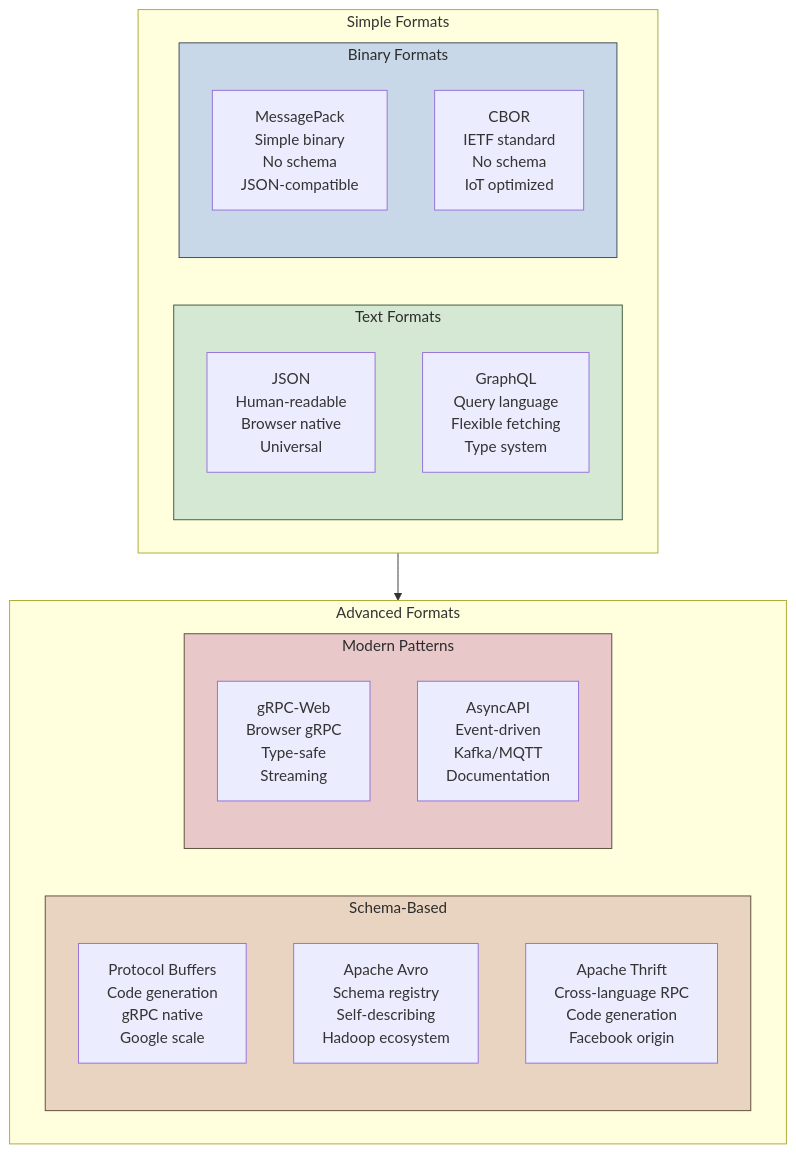
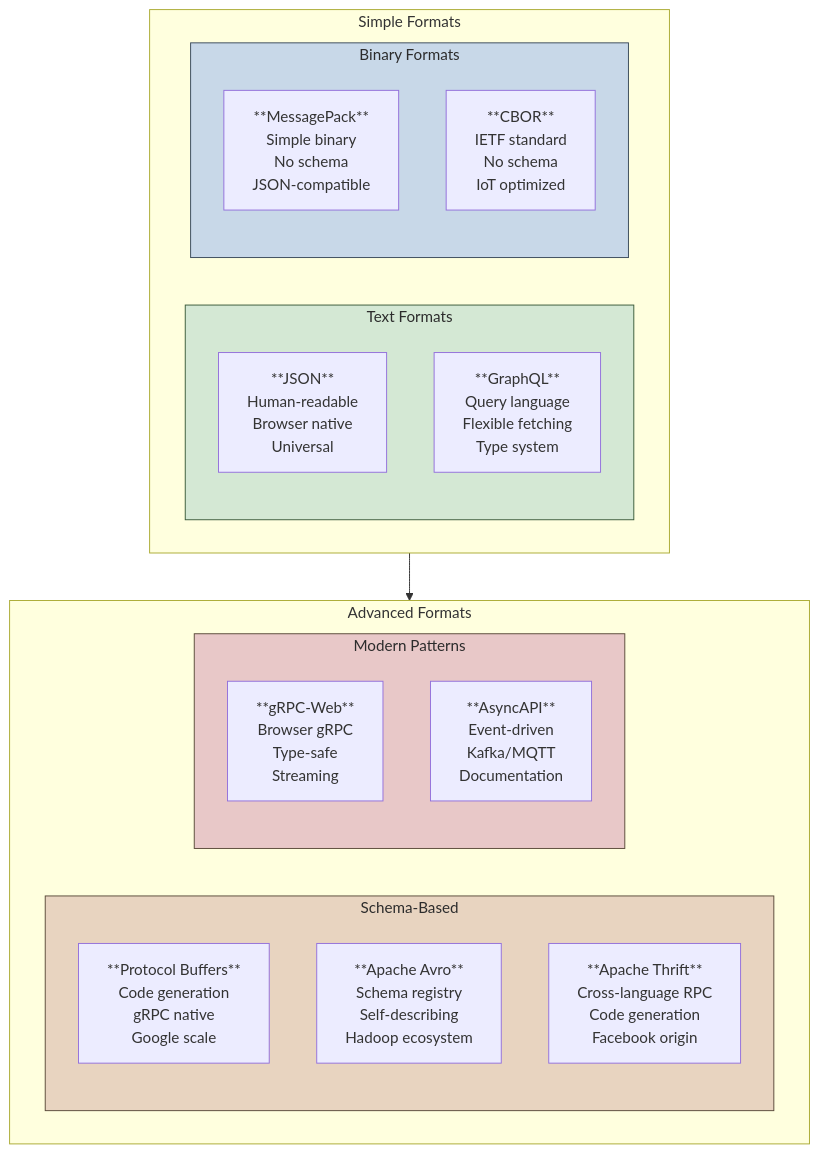
Before and after one commit to blackwell-systems/blog: the diagram in book/manuscript/images/diagrams/mmd/chapter-14-future-diagram-2.mmd, drawn with Mermaid. The commit also changed 1 other file, not shown here.

Commit message:
Add bold formatting to format names in Chapter 14 diagram 2
Make format names stand out as titles within each box

```diff
--- a/book/manuscript/images/diagrams/mmd/chapter-14-future-diagram-2.mmd
+++ b/book/manuscript/images/diagrams/mmd/chapter-14-future-diagram-2.mmd
@@ -1,34 +1,34 @@
 flowchart TB
     subgraph top["Simple Formats"]
         direction LR
         subgraph text["Text Formats"]
-            json["JSON<br/>Human-readable<br/>Browser native<br/>Universal"]
-            graphql["GraphQL<br/>Query language<br/>Flexible fetching<br/>Type system"]
+            json["**JSON**<br/>Human-readable<br/>Browser native<br/>Universal"]
+            graphql["**GraphQL**<br/>Query language<br/>Flexible fetching<br/>Type system"]
         end
         
         subgraph binary["Binary Formats"]
-            msgpack["MessagePack<br/>Simple binary<br/>No schema<br/>JSON-compatible"]
-            cbor["CBOR<br/>IETF standard<br/>No schema<br/>IoT optimized"]
+            msgpack["**MessagePack**<br/>Simple binary<br/>No schema<br/>JSON-compatible"]
+            cbor["**CBOR**<br/>IETF standard<br/>No schema<br/>IoT optimized"]
         end
     end
     
     subgraph bottom["Advanced Formats"]
         direction LR
         subgraph schema["Schema-Based"]
-            protobuf["Protocol Buffers<br/>Code generation<br/>gRPC native<br/>Google scale"]
-            avro["Apache Avro<br/>Schema registry<br/>Self-describing<br/>Hadoop ecosystem"]
-            thrift["Apache Thrift<br/>Cross-language RPC<br/>Code generation<br/>Facebook origin"]
+            protobuf["**Protocol Buffers**<br/>Code generation<br/>gRPC native<br/>Google scale"]
+            avro["**Apache Avro**<br/>Schema registry<br/>Self-describing<br/>Hadoop ecosystem"]
+            thrift["**Apache Thrift**<br/>Cross-language RPC<br/>Code generation<br/>Facebook origin"]
         end
         
         subgraph modern["Modern Patterns"]
-            grpcweb["gRPC-Web<br/>Browser gRPC<br/>Type-safe<br/>Streaming"]
-            asyncapi["AsyncAPI<br/>Event-driven<br/>Kafka/MQTT<br/>Documentation"]
+            grpcweb["**gRPC-Web**<br/>Browser gRPC<br/>Type-safe<br/>Streaming"]
+            asyncapi["**AsyncAPI**<br/>Event-driven<br/>Kafka/MQTT<br/>Documentation"]
         end
     end
     
     top --> bottom
     
     style text fill:#D4E8D4,stroke:#3a5a3a,color:#2c2c2c
     style binary fill:#C8D8E8,stroke:#3a4a5a,color:#2c2c2c
     style schema fill:#E8D4C0,stroke:#5a4a3a,color:#2c2c2c
     style modern fill:#E8C8C8,stroke:#5a4a3a,color:#2c2c2c
```
